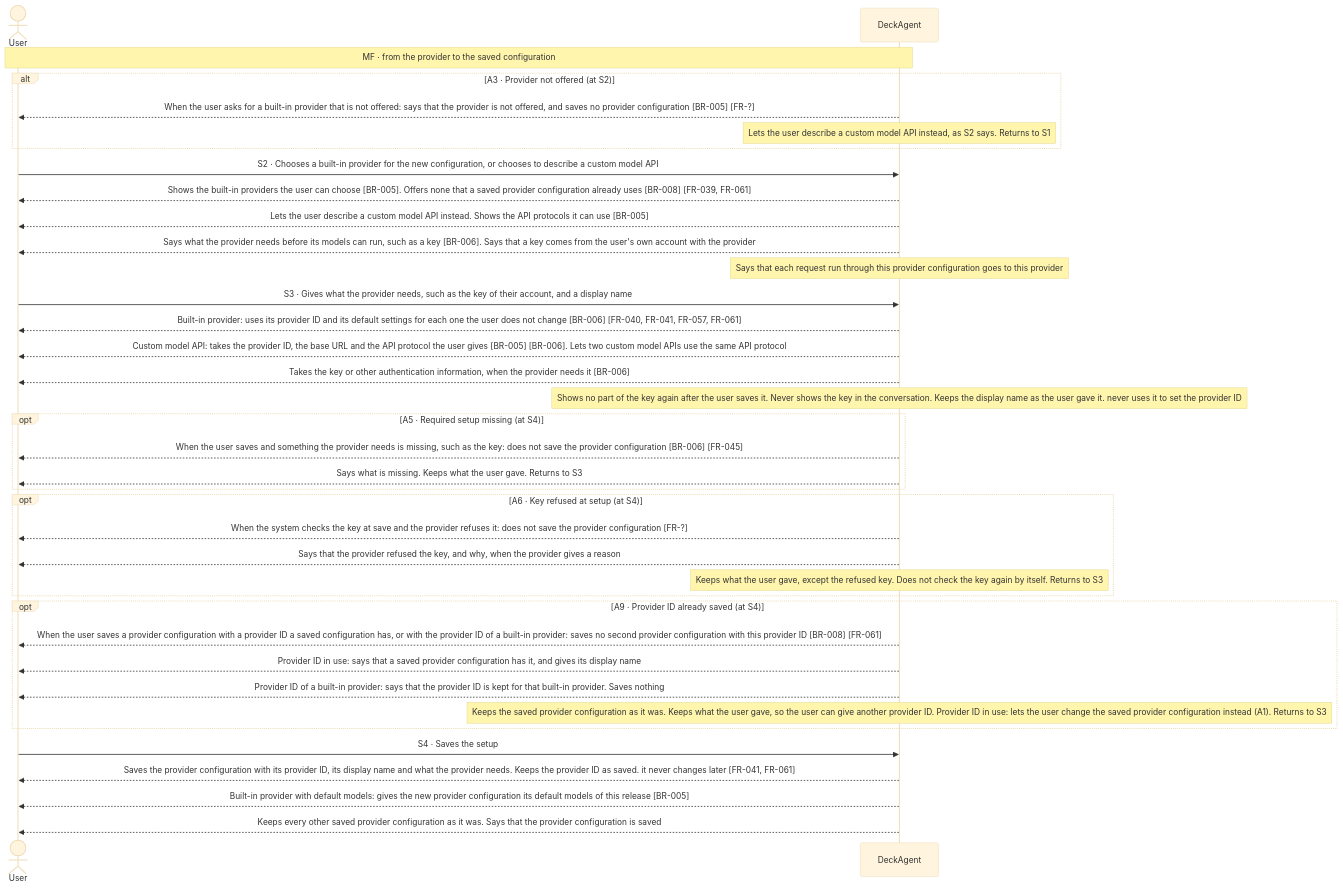
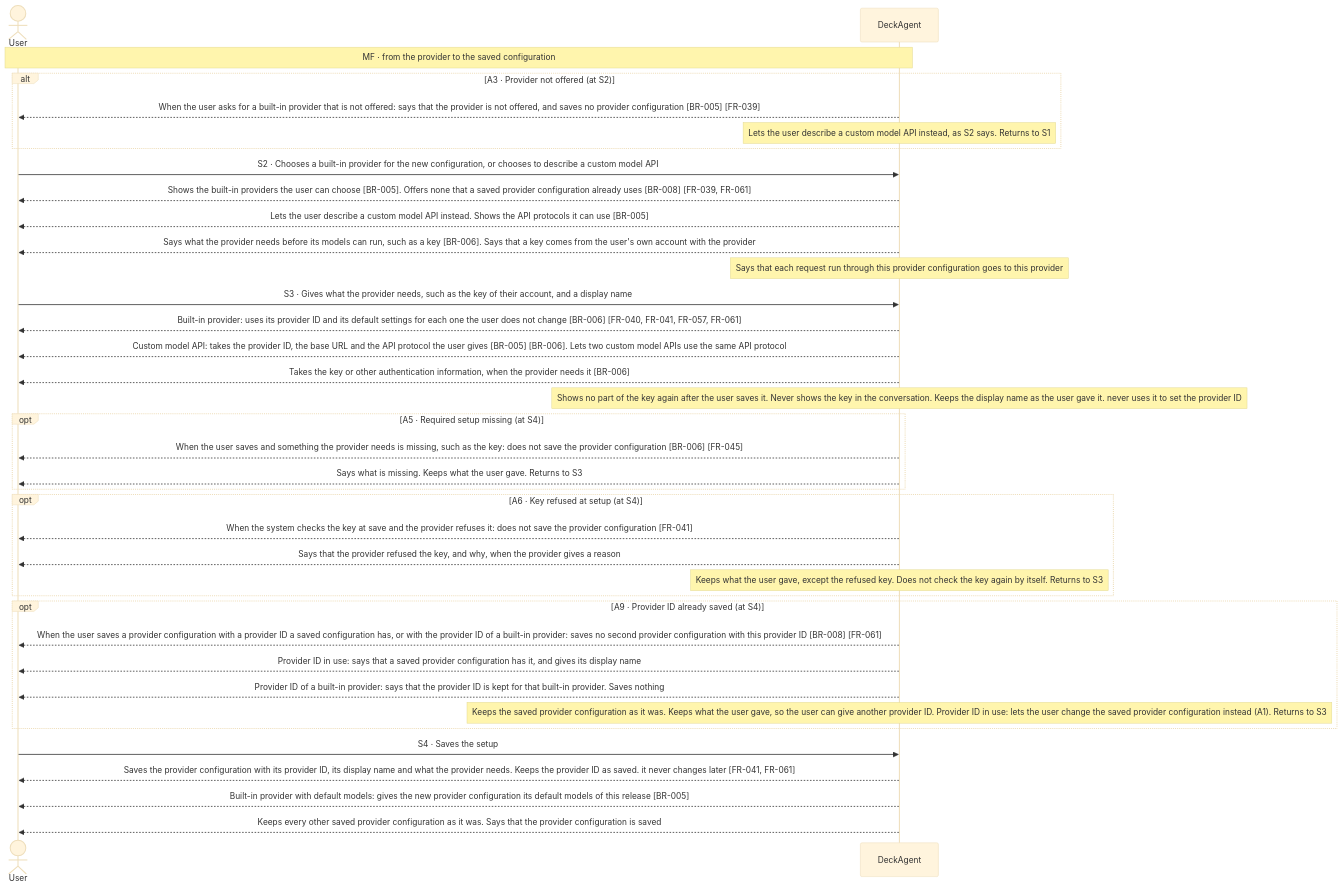
One commit to Luke23127006/DeckAgent changed the second of 3 diagrams in docs/spec/03-use-cases/UC-005.md. Above: the diagram before and after it, drawn with Mermaid (base theme). The commit also changed other lines of this file and 128 other files, not shown here.

````diff
--- a/docs/spec/03-use-cases/UC-005.md
+++ b/docs/spec/03-use-cases/UC-005.md
@@ -117,39 +111,39 @@
 ```mermaid
 sequenceDiagram
     actor User
     participant DeckAgent
     Note over User,DeckAgent: MF · from the provider to the saved configuration
     alt A3 · Provider not offered (at S2)
-        DeckAgent-->>User: When the user asks for a built-in provider that is not offered: says that the provider is not offered, and saves no provider configuration [BR-005] [FR-?]
+        DeckAgent-->>User: When the user asks for a built-in provider that is not offered: says that the provider is not offered, and saves no provider configuration [BR-005] [FR-039]
         note over DeckAgent: Lets the user describe a custom model API instead, as S2 says. Returns to S1
     end
     User->>DeckAgent: S2 · Chooses a built-in provider for the new configuration, or chooses to describe a custom model API
     DeckAgent-->>User: Shows the built-in providers the user can choose [BR-005]. Offers none that a saved provider configuration already uses [BR-008] [FR-039, FR-061]
     DeckAgent-->>User: Lets the user describe a custom model API instead. Shows the API protocols it can use [BR-005]
     DeckAgent-->>User: Says what the provider needs before its models can run, such as a key [BR-006]. Says that a key comes from the user's own account with the provider
     note over DeckAgent: Says that each request run through this provider configuration goes to this provider
     User->>DeckAgent: S3 · Gives what the provider needs, such as the key of their account, and a display name
     DeckAgent-->>User: Built-in provider: uses its provider ID and its default settings for each one the user does not change [BR-006] [FR-040, FR-041, FR-057, FR-061]
     DeckAgent-->>User: Custom model API: takes the provider ID, the base URL and the API protocol the user gives [BR-005] [BR-006]. Lets two custom model APIs use the same API protocol
     DeckAgent-->>User: Takes the key or other authentication information, when the provider needs it [BR-006]
     note over DeckAgent: Shows no part of the key again after the user saves it. Never shows the key in the conversation. Keeps the display name as the user gave it. never uses it to set the provider ID
     opt A5 · Required setup missing (at S4)
         DeckAgent-->>User: When the user saves and something the provider needs is missing, such as the key: does not save the provider configuration [BR-006] [FR-045]
         DeckAgent-->>User: Says what is missing. Keeps what the user gave. Returns to S3
     end
     opt A6 · Key refused at setup (at S4)
-        DeckAgent-->>User: When the system checks the key at save and the provider refuses it: does not save the provider configuration [FR-?]
+        DeckAgent-->>User: When the system checks the key at save and the provider refuses it: does not save the provider configuration [FR-041]
         DeckAgent-->>User: Says that the provider refused the key, and why, when the provider gives a reason
         note over DeckAgent: Keeps what the user gave, except the refused key. Does not check the key again by itself. Returns to S3
     end
     opt A9 · Provider ID already saved (at S4)
         DeckAgent-->>User: When the user saves a provider configuration with a provider ID a saved configuration has, or with the provider ID of a built-in provider: saves no second provider configuration with this provider ID [BR-008] [FR-061]
         DeckAgent-->>User: Provider ID in use: says that a saved provider configuration has it, and gives its display name
         DeckAgent-->>User: Provider ID of a built-in provider: says that the provider ID is kept for that built-in provider. Saves nothing
         note over DeckAgent: Keeps the saved provider configuration as it was. Keeps what the user gave, so the user can give another provider ID. Provider ID in use: lets the user change the saved provider configuration instead (A1). Returns to S3
     end
     User->>DeckAgent: S4 · Saves the setup
     DeckAgent-->>User: Saves the provider configuration with its provider ID, its display name and what the provider needs. Keeps the provider ID as saved. it never changes later [FR-041, FR-061]
     DeckAgent-->>User: Built-in provider with default models: gives the new provider configuration its default models of this release [BR-005]
     DeckAgent-->>User: Keeps every other saved provider configuration as it was. Says that the provider configuration is saved
 ```
````
